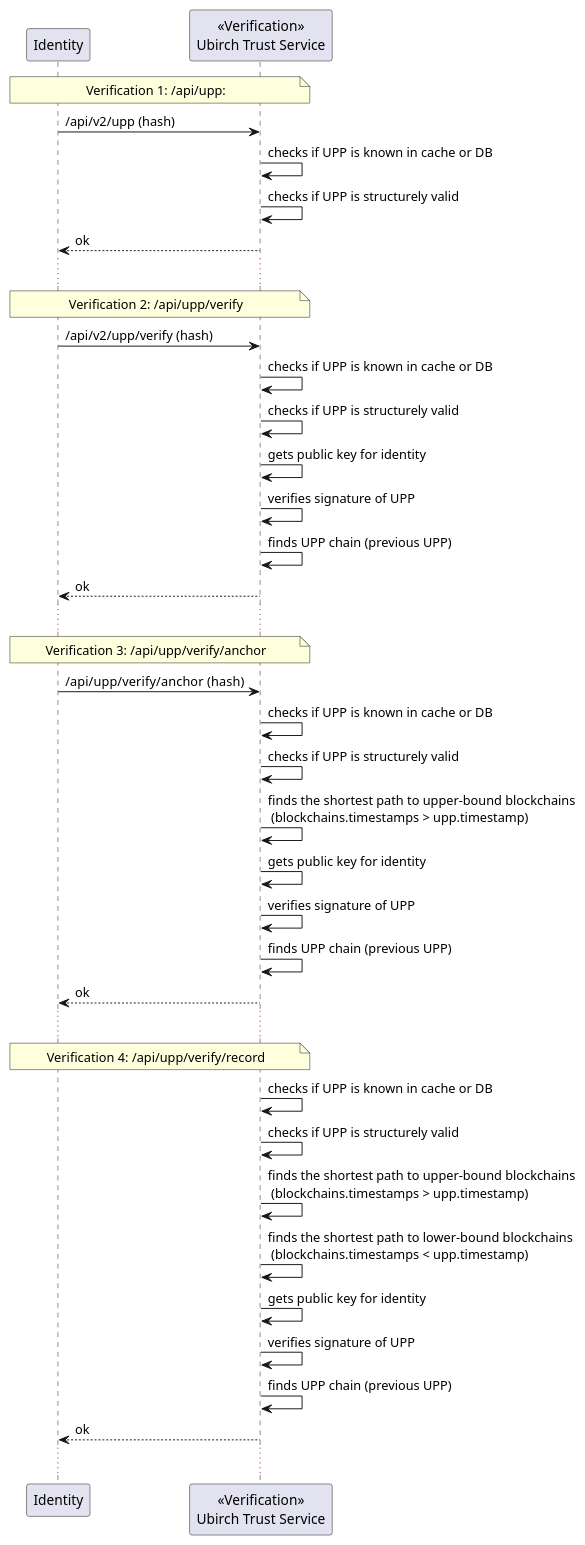
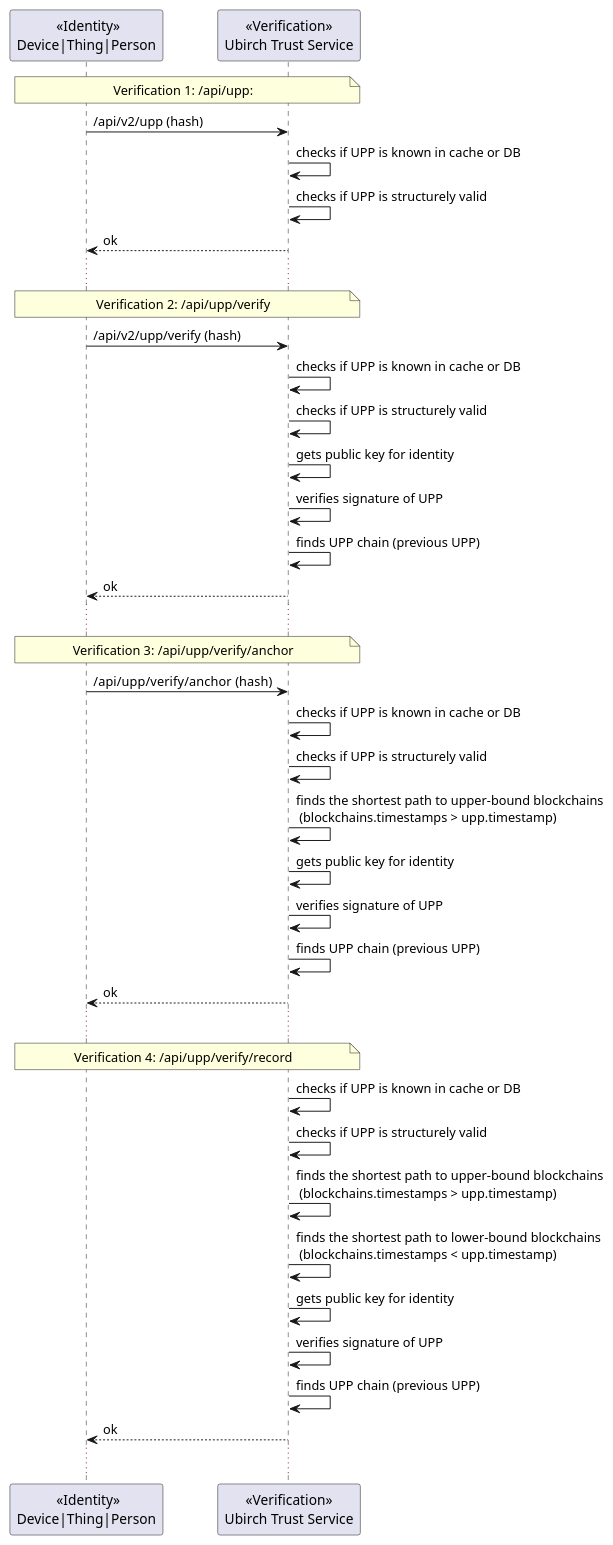
One commit to ubirch/ubirch-event-log changed the diagram in .images/Verification.puml. Above: the diagram before and after it, drawn with PlantUML. The commit also changed 4 other files, not shown here.

Commit message:
PROFIT-102 Adding some diagrams for anchoring and verification

```diff
--- a/.images/Verification.puml
+++ b/.images/Verification.puml
@@ -1,46 +1,49 @@
 @startuml
 'https://plantuml.com/sequence-diagram
 
-participant Identity as identity
+participant identity [
+  <<Identity>>
+ Device|Thing|Person
+]
 participant trust_service_verification [
   <<Verification>>
   Ubirch Trust Service
 ]
 
 note across: Verification 1: /api/upp:
 identity -> trust_service_verification:/api/v2/upp (hash)
 trust_service_verification -> trust_service_verification: checks if UPP is known in cache or DB
 trust_service_verification -> trust_service_verification: checks if UPP is structurely valid
 identity <-- trust_service_verification: ok
 ......
 note across: Verification 2: /api/upp/verify
 identity -> trust_service_verification:/api/v2/upp/verify (hash)
 trust_service_verification -> trust_service_verification: checks if UPP is known in cache or DB
 trust_service_verification -> trust_service_verification: checks if UPP is structurely valid
 trust_service_verification -> trust_service_verification: gets public key for identity
 trust_service_verification -> trust_service_verification: verifies signature of UPP
 trust_service_verification -> trust_service_verification: finds UPP chain (previous UPP)
 identity <-- trust_service_verification: ok
 ......
 note across: Verification 3: /api/upp/verify/anchor
 identity -> trust_service_verification:/api/upp/verify/anchor  (hash)
 trust_service_verification -> trust_service_verification: checks if UPP is known in cache or DB
 trust_service_verification -> trust_service_verification: checks if UPP is structurely valid
 trust_service_verification -> trust_service_verification: finds the shortest path to upper-bound blockchains \n (blockchains.timestamps > upp.timestamp)
 trust_service_verification -> trust_service_verification: gets public key for identity
 trust_service_verification -> trust_service_verification: verifies signature of UPP
 trust_service_verification -> trust_service_verification: finds UPP chain (previous UPP)
 identity <-- trust_service_verification: ok
 ......
 note across: Verification 4: /api/upp/verify/record
 trust_service_verification -> trust_service_verification: checks if UPP is known in cache or DB
 trust_service_verification -> trust_service_verification: checks if UPP is structurely valid
 trust_service_verification -> trust_service_verification: finds the shortest path to upper-bound blockchains \n (blockchains.timestamps > upp.timestamp)
 trust_service_verification -> trust_service_verification: finds the shortest path to lower-bound blockchains \n (blockchains.timestamps < upp.timestamp)
 trust_service_verification -> trust_service_verification: gets public key for identity
 trust_service_verification -> trust_service_verification: verifies signature of UPP
 trust_service_verification -> trust_service_verification: finds UPP chain (previous UPP)
 identity <-- trust_service_verification: ok
 ......
 
 @enduml
```
